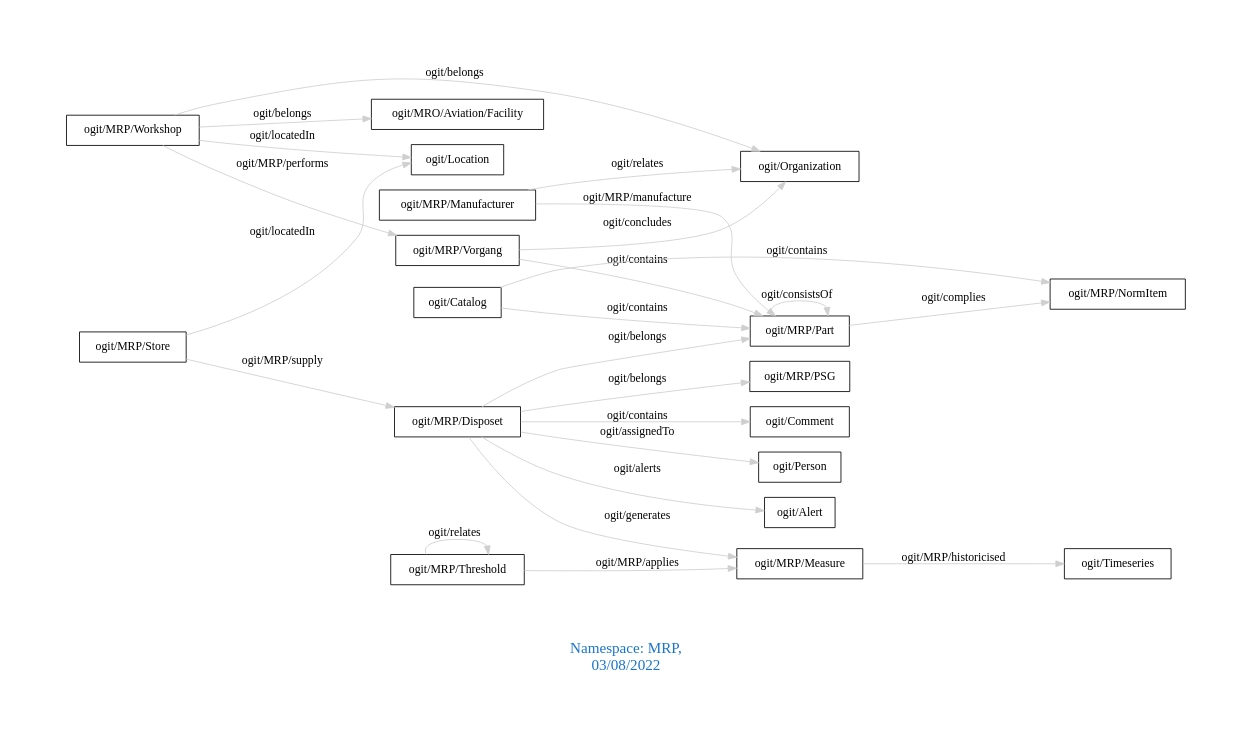
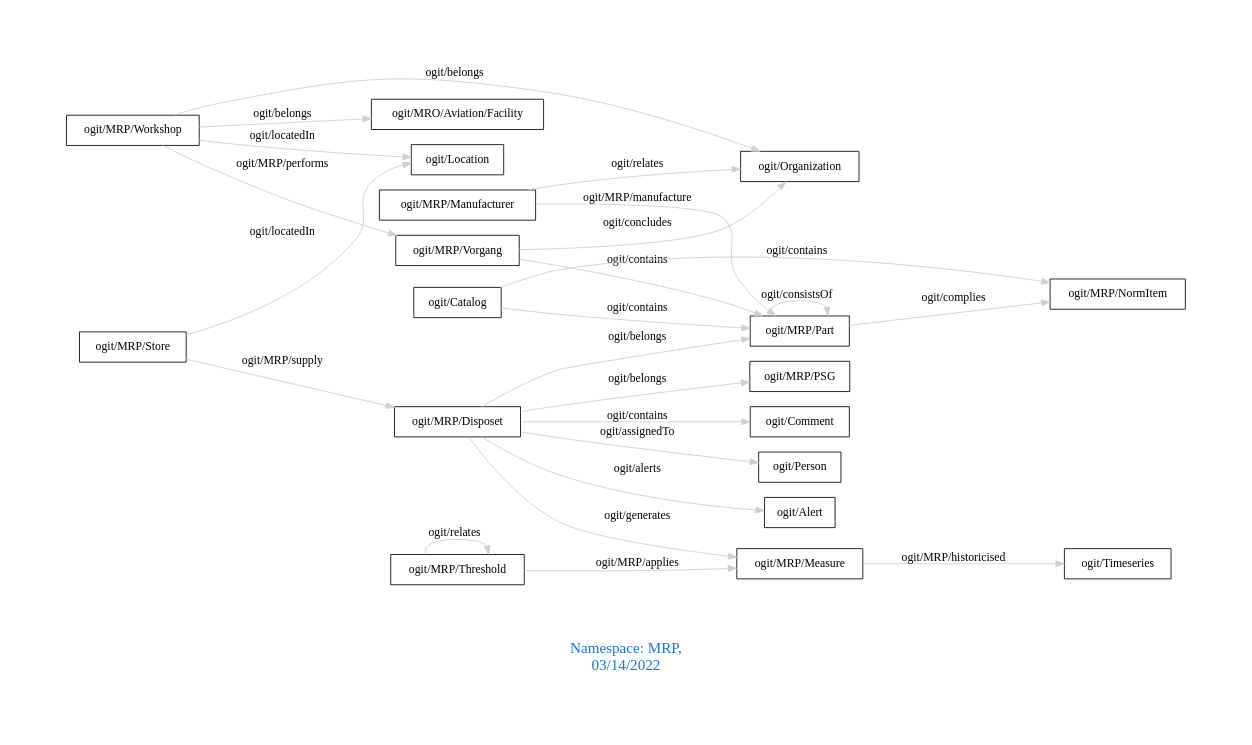
Before and after one commit to arago/OGIT: the diagram in downloads/MRP.dot, drawn with Graphviz. The commit also changed 1906 other files, not shown here.

```diff
--- a/downloads/MRP.dot
+++ b/downloads/MRP.dot
@@ -1,31 +1,31 @@
 digraph OGIT_ontology {
  graph [ rankdir= LR,pad=1 
 fontsize = 18,
-fontcolor= dodgerblue3,label = "\n\n\nNamespace: MRP, \n 03/08/2022"];
+fontcolor= dodgerblue3,label = "\n\n\nNamespace: MRP, \n 03/14/2022"];
 node[shape=polygon];
 edge [  color="gray81"];
 
    "ogit/MRP/Disposet" -> "ogit/Comment" [label="   ogit/contains    "];
    "ogit/MRP/Vorgang" -> "ogit/MRP/Part" [label="   ogit/contains    "];
    "ogit/Catalog" -> "ogit/MRP/NormItem" [label="   ogit/contains    "];
    "ogit/Catalog" -> "ogit/MRP/Part" [label="   ogit/contains    "];
    "ogit/MRP/Vorgang" -> "ogit/Organization" [label="   ogit/concludes    "];
    "ogit/MRP/Disposet" -> "ogit/Person" [label="   ogit/assignedTo    "];
    "ogit/MRP/Disposet" -> "ogit/MRP/Measure" [label="   ogit/generates    "];
    "ogit/MRP/Threshold" -> "ogit/MRP/Measure" [label="   ogit/MRP/applies    "];
    "ogit/MRP/Part" -> "ogit/MRP/NormItem" [label="   ogit/complies    "];
    "ogit/MRP/Workshop" -> "ogit/MRP/Vorgang" [label="   ogit/MRP/performs    "];
    "ogit/MRP/Disposet" -> "ogit/Alert" [label="   ogit/alerts    "];
    "ogit/MRP/Store" -> "ogit/Location" [label="   ogit/locatedIn    "];
    "ogit/MRP/Workshop" -> "ogit/Location" [label="   ogit/locatedIn    "];
    "ogit/MRP/Measure" -> "ogit/Timeseries" [label="   ogit/MRP/historicised    "];
    "ogit/MRP/Manufacturer" -> "ogit/MRP/Part" [label="   ogit/MRP/manufacture    "];
    "ogit/MRP/Store" -> "ogit/MRP/Disposet" [label="   ogit/MRP/supply    "];
    "ogit/MRP/Disposet" -> "ogit/MRP/Part" [label="   ogit/belongs    "];
    "ogit/MRP/Disposet" -> "ogit/MRP/PSG" [label="   ogit/belongs    "];
    "ogit/MRP/Workshop" -> "ogit/MRO/Aviation/Facility" [label="   ogit/belongs    "];
    "ogit/MRP/Workshop" -> "ogit/Organization" [label="   ogit/belongs    "];
    "ogit/MRP/Manufacturer" -> "ogit/Organization" [label="   ogit/relates    "];
    "ogit/MRP/Threshold" -> "ogit/MRP/Threshold" [label="   ogit/relates    "];
    "ogit/MRP/Part" -> "ogit/MRP/Part" [label="   ogit/consistsOf    "];
 }
```
